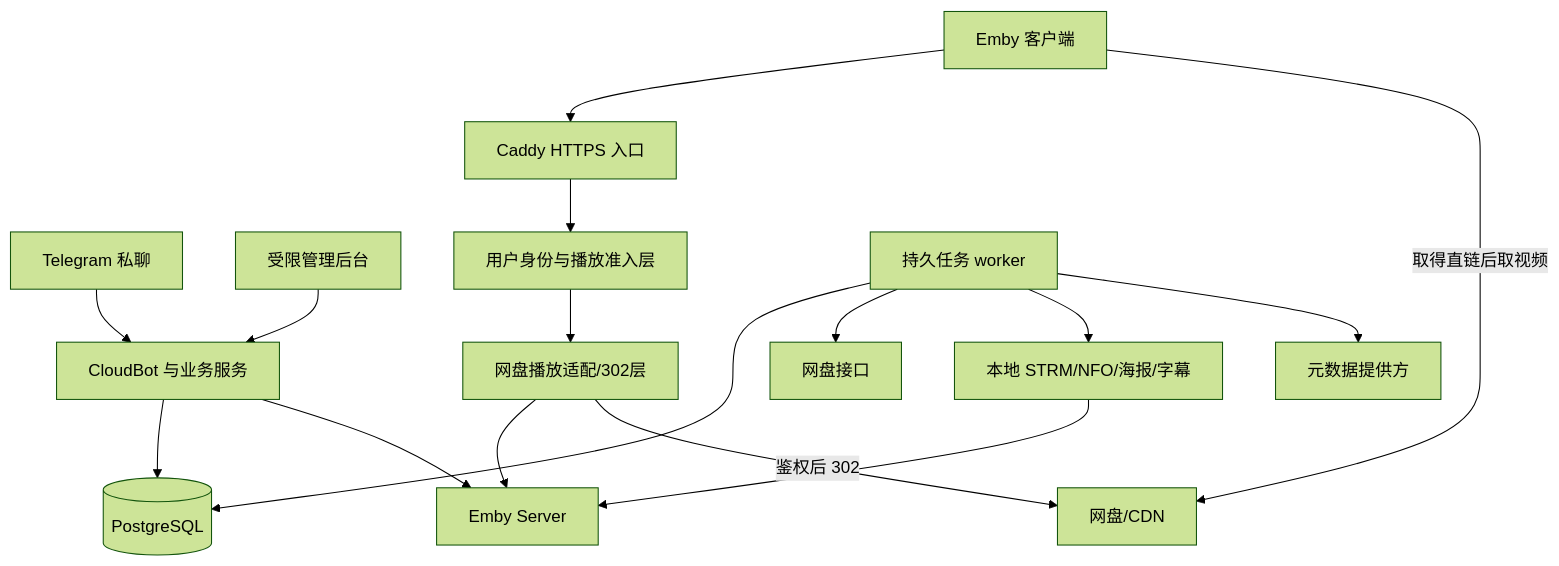
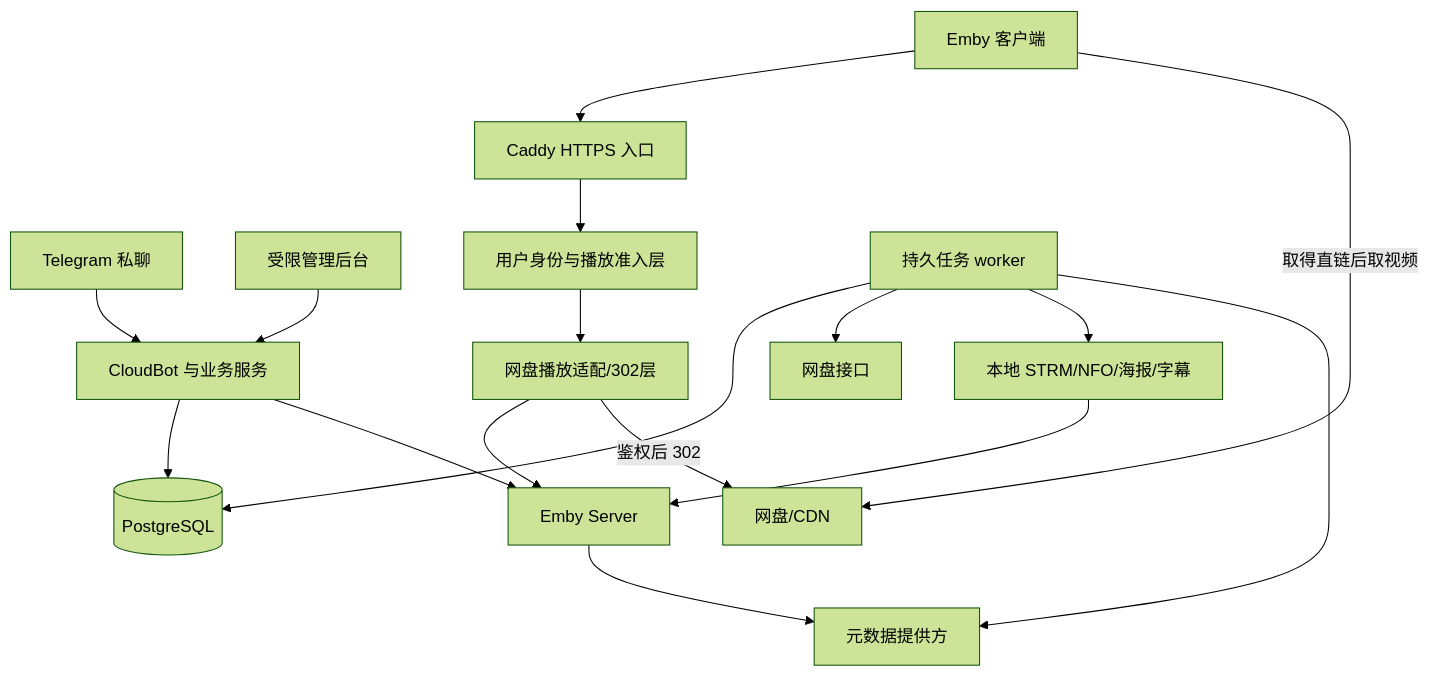
The diagram in docs/01-总体架构与媒体自动化.md (czy-code-923/emby-cloud-plan), drawn with Mermaid (forest theme) before and after one commit. The commit also changed other lines of this file and 23 other files, not shown here.

````diff
--- a/docs/01-总体架构与媒体自动化.md
+++ b/docs/01-总体架构与媒体自动化.md
@@ -41,18 +44,19 @@
 ```mermaid
 flowchart TB
   U[Emby 客户端] --> TLS[Caddy HTTPS 入口]
   TG[Telegram 私聊] --> BOT[CloudBot 与业务服务]
   WEB[受限管理后台] --> BOT
   TLS --> GATE[用户身份与播放准入层]
   GATE --> ROUTER[网盘播放适配/302层]
   ROUTER --> EMBY[Emby Server]
   ROUTER -->|鉴权后 302| CDN[网盘/CDN]
   U -->|取得直链后取视频| CDN
   BOT --> DB[(PostgreSQL)]
   BOT --> EMBY
   WORK[持久任务 worker] --> DB
   WORK --> STORAGE[网盘接口]
   WORK --> INDEX[本地 STRM/NFO/海报/字幕]
   INDEX --> EMBY
   WORK --> TMDB[元数据提供方]
+  EMBY --> TMDB
 ```
````
